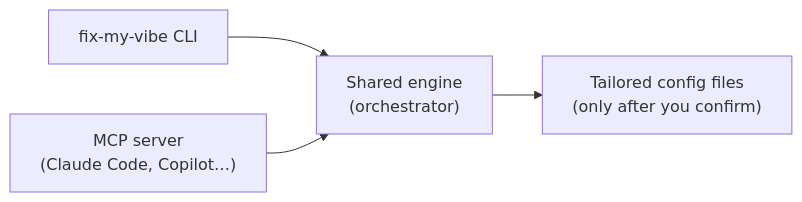
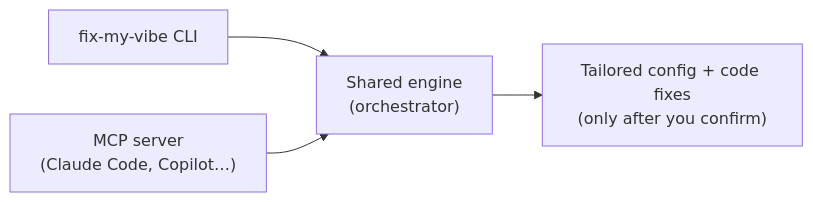
One commit to njranum/Fix-My-Vibe changed the first of 4 diagrams in README.md. Above: the diagram before and after it, drawn with Mermaid. The commit also changed other lines of this file, not shown here.

First line of the commit message:
Rewrite README to match the deterministic-first architecture

````diff
--- a/README.md
+++ b/README.md
@@ -53,6 +62,6 @@
 ```mermaid
 flowchart LR
     CLI["fix-my-vibe CLI"] --> ENG
     MCP["MCP server<br/>(Claude Code, Copilot…)"] --> ENG
-    ENG["Shared engine<br/>(orchestrator)"] --> OUT["Tailored config files<br/>(only after you confirm)"]
+    ENG["Shared engine<br/>(orchestrator)"] --> OUT["Tailored config + code fixes<br/>(only after you confirm)"]
 ```
````
